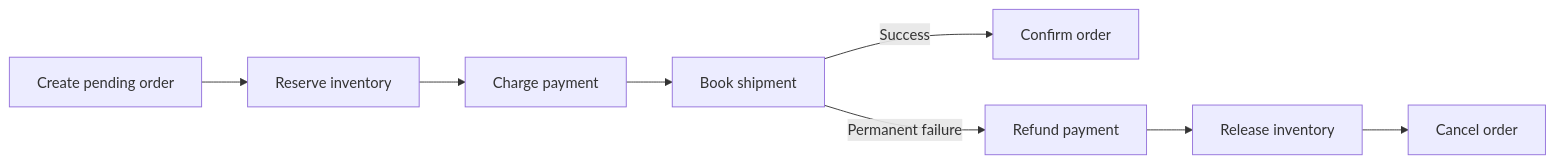
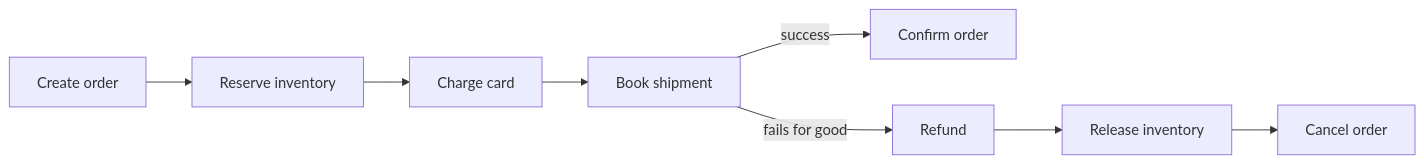
One commit to alanqi03/sys-design changed the first of 2 diagrams in multi-step-processes.md. Above: the diagram before and after it, drawn with Mermaid. The commit also changed other lines of this file and 6 other files, not shown here.

````diff
--- a/multi-step-processes.md
+++ b/multi-step-processes.md
@@ -73,10 +54,10 @@
 ```{mermaid}
 flowchart LR
-  a[Create pending order] --> b[Reserve inventory]
-  b --> c[Charge payment]
+  a[Create order] --> b[Reserve inventory]
+  b --> c[Charge card]
   c --> d[Book shipment]
-  d -->|Success| done[Confirm order]
-  d -->|Permanent failure| u3[Refund payment]
-  u3 --> u2[Release inventory]
-  u2 --> u1[Cancel order]
+  d -->|success| done[Confirm order]
+  d -->|"fails for good"| r[Refund]
+  r --> rel[Release inventory]
+  rel --> cancel[Cancel order]
 ```
````
